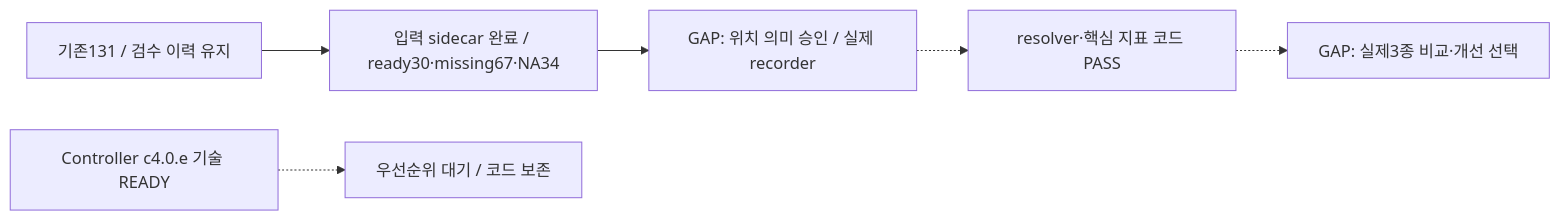
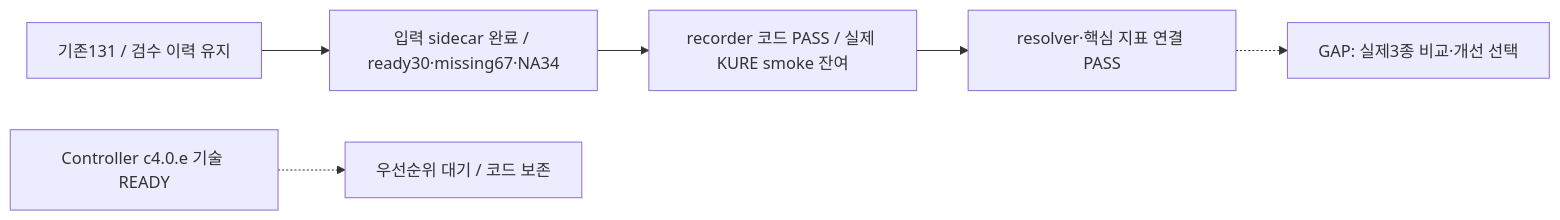
One commit to KongSeok/sprint-public-procurement-rag-assistant changed the second of 2 diagrams in fivecircles/work/2026-09-05-search-first-relay.md. Above: the diagram before and after it, drawn with Mermaid. The commit also changed other lines of this file and 14 other files, not shown here.

````diff
--- a/fivecircles/work/2026-09-05-search-first-relay.md
+++ b/fivecircles/work/2026-09-05-search-first-relay.md
@@ -74,8 +74,8 @@
 ```mermaid
 flowchart LR
   A["기존131 / 검수 이력 유지"] --> B["입력 sidecar 완료 / ready30·missing67·NA34"]
-  B --> C["GAP: 위치 의미 승인 / 실제 recorder"]
-  C -.-> D["resolver·핵심 지표 코드 PASS"]
+  B --> C["recorder 코드 PASS / 실제 KURE smoke 잔여"]
+  C --> D["resolver·핵심 지표 연결 PASS"]
   D -.-> E["GAP: 실제3종 비교·개선 선택"]
   F["Controller c4.0.e 기술 READY"] -.-> G["우선순위 대기 / 코드 보존"]
 ```
````
